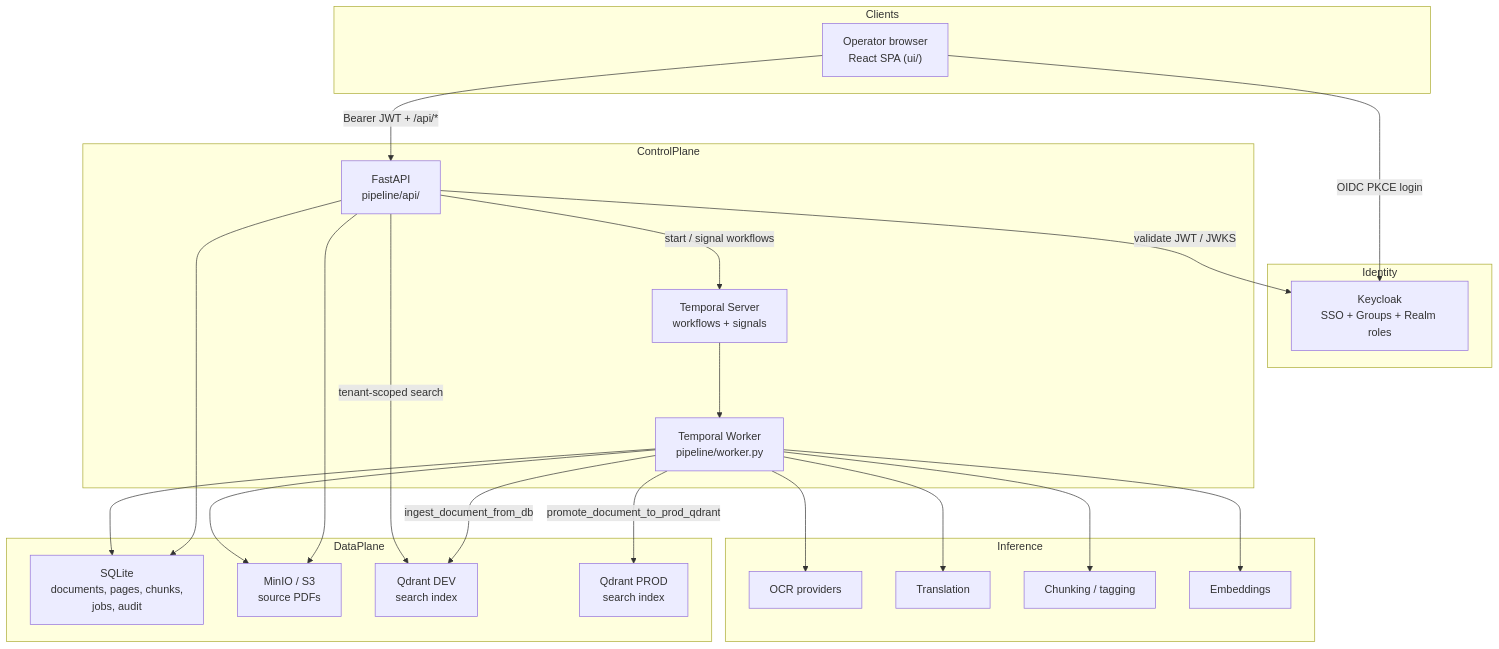
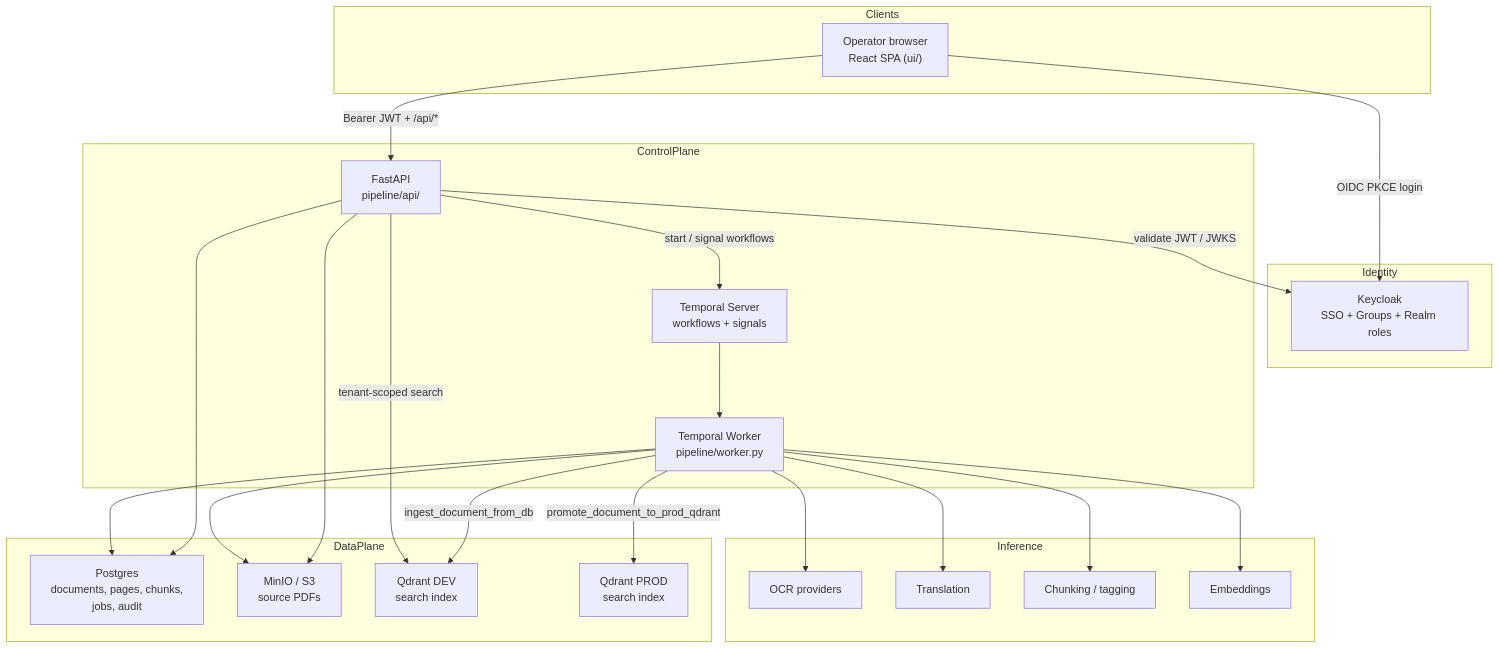
Before and after one commit to OpenAgriNet/knowledge-provider: the first of 8 diagrams in docs/architecture-pipeline-rbac.md, drawn with Mermaid. The commit also changed other lines of this file and 5 other files, not shown here.

````diff
--- a/docs/architecture-pipeline-rbac.md
+++ b/docs/architecture-pipeline-rbac.md
@@ -29,47 +29,47 @@
 ```mermaid
 flowchart TB
   subgraph Clients
     Browser["Operator browser<br/>React SPA (ui/)"]
   end
 
   subgraph Identity
     KC["Keycloak<br/>SSO + Groups + Realm roles"]
   end
 
   subgraph ControlPlane
     API["FastAPI<br/>pipeline/api/"]
     Worker["Temporal Worker<br/>pipeline/worker.py"]
     Temporal["Temporal Server<br/>workflows + signals"]
   end
 
   subgraph DataPlane
-    SQLite["SQLite<br/>documents, pages, chunks,<br/>jobs, audit"]
+    Postgres["Postgres<br/>documents, pages, chunks,<br/>jobs, audit"]
     MinIO["MinIO / S3<br/>source PDFs"]
     QdrantDev["Qdrant DEV<br/>search index"]
     QdrantProd["Qdrant PROD<br/>search index"]
   end
 
   subgraph Inference
     OCR["OCR providers"]
     TR["Translation"]
     CH["Chunking / tagging"]
     EMB["Embeddings"]
   end
 
   Browser -->|"OIDC PKCE login"| KC
   Browser -->|"Bearer JWT + /api/*"| API
   API -->|"validate JWT / JWKS"| KC
-  API --> SQLite
+  API --> Postgres
   API --> MinIO
   API -->|"start / signal workflows"| Temporal
   Temporal --> Worker
-  Worker --> SQLite
+  Worker --> Postgres
   Worker --> MinIO
   Worker --> OCR
   Worker --> TR
   Worker --> CH
   Worker --> EMB
   Worker -->|"ingest_document_from_db"| QdrantDev
   Worker -->|"promote_document_to_prod_qdrant"| QdrantProd
   API -->|"tenant-scoped search"| QdrantDev
 ```
````
